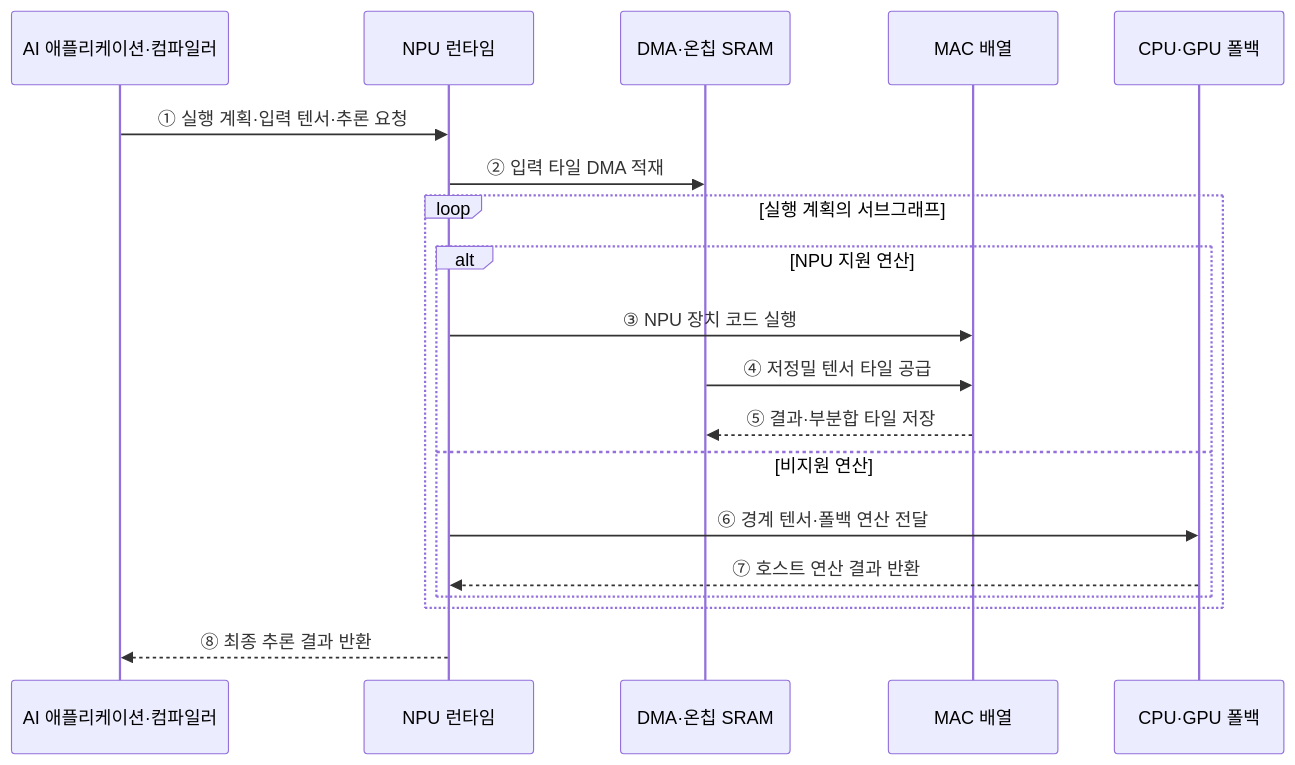
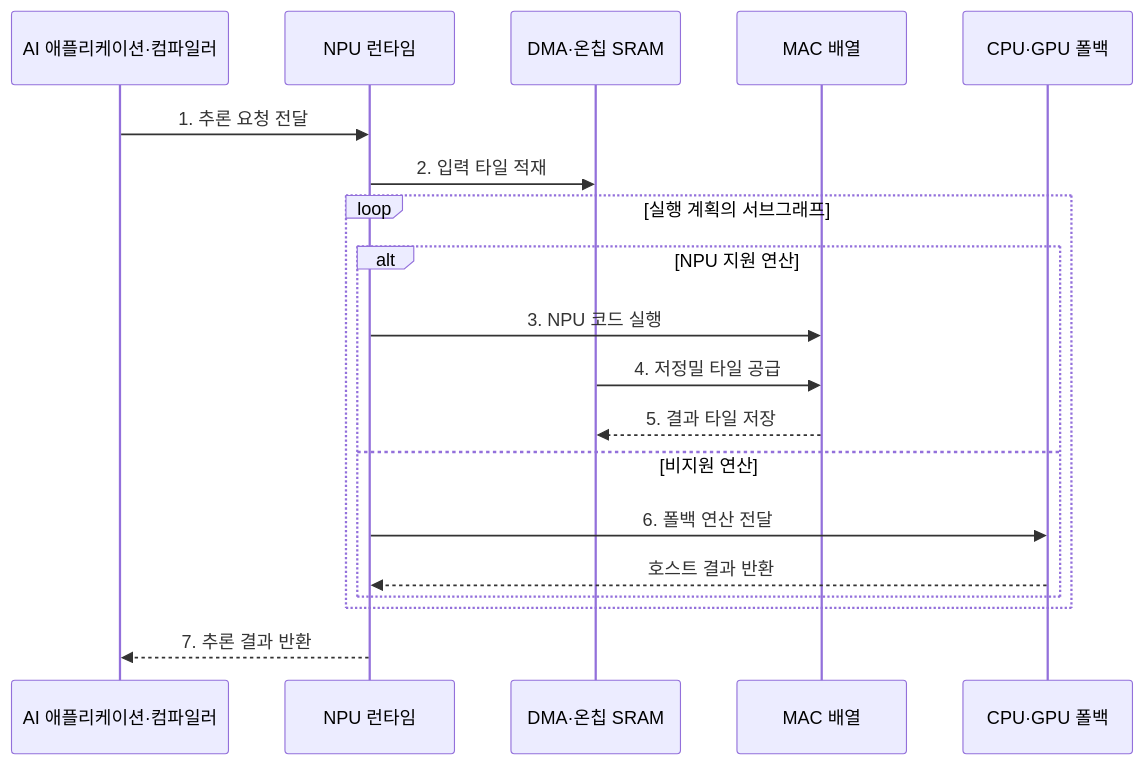
Before and after one commit to agnusdei1207/knowledge-base: the second of 2 diagrams in src/content/docs/notes/02-hardware/044_neural_processing_unit.md, drawn with Mermaid. The commit also changed other lines of this file and 20 other files, not shown here.

````diff
--- a/src/content/docs/notes/02-hardware/044_neural_processing_unit.md
+++ b/src/content/docs/notes/02-hardware/044_neural_processing_unit.md
@@ -76,22 +86,22 @@
 ```mermaid
 sequenceDiagram
     participant A as AI 애플리케이션·컴파일러
     participant R as NPU 런타임
     participant M as DMA·온칩 SRAM
     participant N as MAC 배열
     participant H as CPU·GPU 폴백
 
-    A->>R: ① 실행 계획·입력 텐서·추론 요청
-    R->>M: ② 입력 타일 DMA 적재
+    A->>R: 1. 추론 요청 전달
+    R->>M: 2. 입력 타일 적재
     loop 실행 계획의 서브그래프
         alt NPU 지원 연산
-            R->>N: ③ NPU 장치 코드 실행
-            M->>N: ④ 저정밀 텐서 타일 공급
-            N-->>M: ⑤ 결과·부분합 타일 저장
+            R->>N: 3. NPU 코드 실행
+            M->>N: 4. 저정밀 타일 공급
+            N-->>M: 5. 결과 타일 저장
         else 비지원 연산
-            R->>H: ⑥ 경계 텐서·폴백 연산 전달
-            H-->>R: ⑦ 호스트 연산 결과 반환
+            R->>H: 6. 폴백 연산 전달
+            H-->>R: 호스트 결과 반환
         end
     end
-    R-->>A: ⑧ 최종 추론 결과 반환
+    R-->>A: 7. 추론 결과 반환
 ```
````
